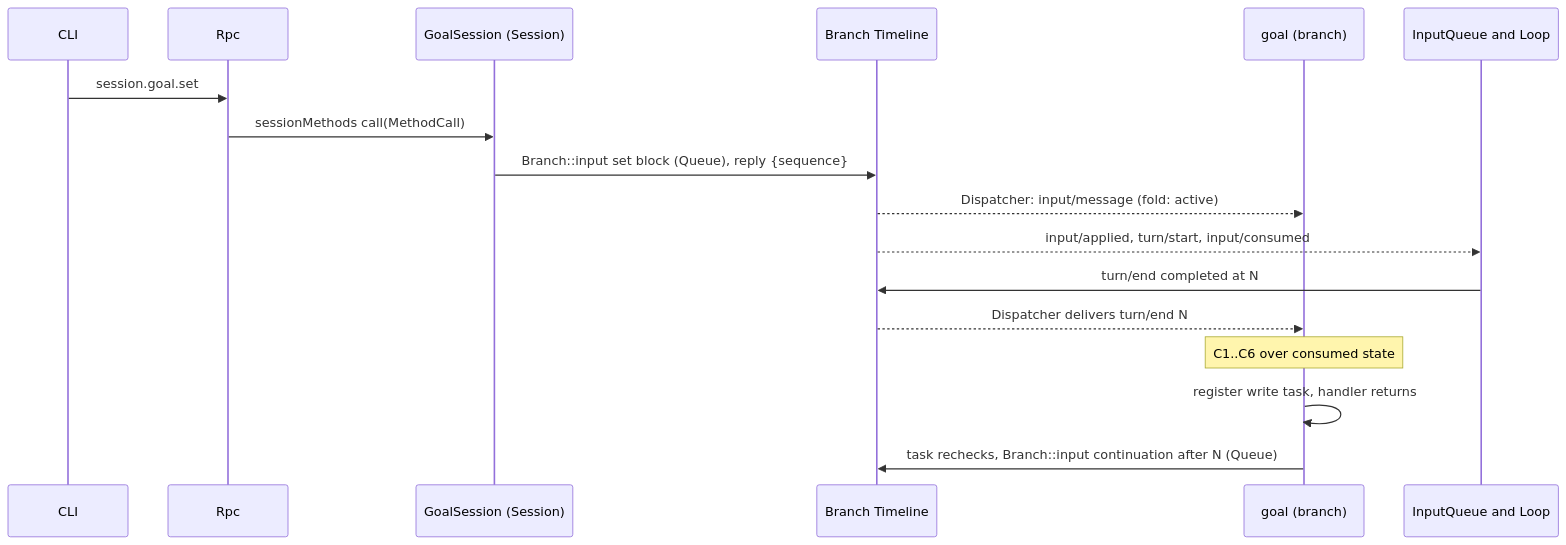
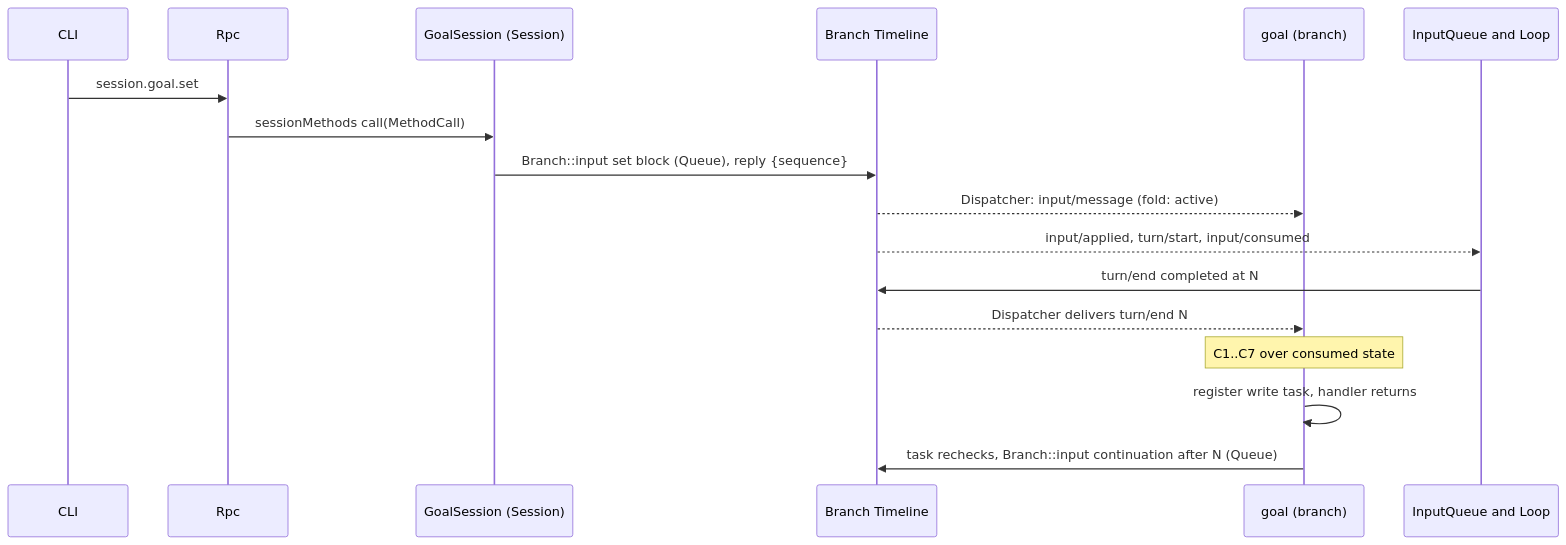
Before and after one commit to CoutinhoTTS/dim-agent: the third of 7 diagrams in docs/design/plugins/Goal.md, drawn with Mermaid. The commit also changed other lines of this file and 14 other files, not shown here.

````diff
--- a/docs/design/plugins/Goal.md
+++ b/docs/design/plugins/Goal.md
@@ -109,19 +110,19 @@
 ```mermaid
 sequenceDiagram
   participant CLI
   participant Rpc
   participant GS as GoalSession (Session)
   participant TL as Branch Timeline
   participant G as goal (branch)
   participant IQ as InputQueue and Loop
   CLI->>Rpc: session.goal.set
   Rpc->>GS: sessionMethods call(MethodCall)
   GS->>TL: Branch::input set block (Queue), reply {sequence}
   TL-->>G: Dispatcher: input/message (fold: active)
   TL-->>IQ: input/applied, turn/start, input/consumed
   IQ->>TL: turn/end completed at N
   TL-->>G: Dispatcher delivers turn/end N
-  Note over G: C1..C6 over consumed state
+  Note over G: C1..C7 over consumed state
   G->>G: register write task, handler returns
   G->>TL: task rechecks, Branch::input continuation after N (Queue)
 ```
````
